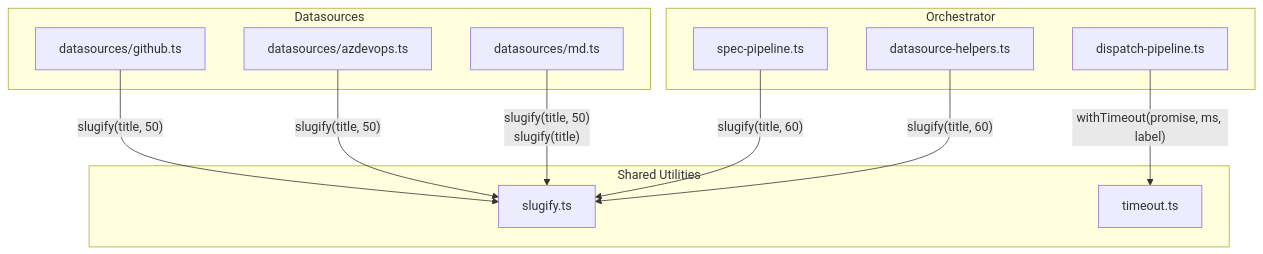
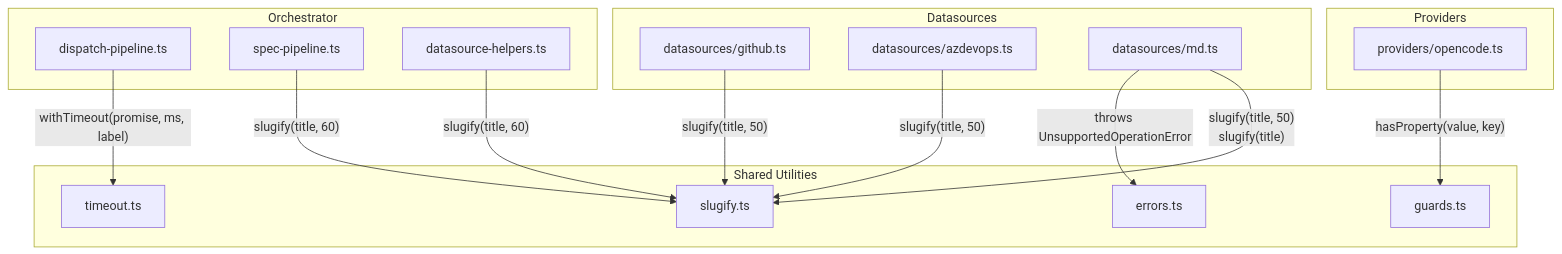
One commit to PatrickRuddiman/Dispatch changed the diagram in docs/shared-utilities/overview.md. Above: the diagram before and after it, drawn with Mermaid. The commit also changed other lines of this file and 82 other files, not shown here.

````diff
--- a/docs/shared-utilities/overview.md
+++ b/docs/shared-utilities/overview.md
@@ -30,26 +44,34 @@
 ```mermaid
 graph TD
     subgraph "Shared Utilities"
         Slugify["slugify.ts"]
         Timeout["timeout.ts"]
+        Errors["errors.ts"]
+        Guards["guards.ts"]
     end
 
     subgraph "Datasources"
         GH["datasources/github.ts"]
         AZ["datasources/azdevops.ts"]
         MD["datasources/md.ts"]
+    end
+
+    subgraph "Providers"
+        OC["providers/opencode.ts"]
     end
 
     subgraph "Orchestrator"
         DP["dispatch-pipeline.ts"]
         SP["spec-pipeline.ts"]
         DH["datasource-helpers.ts"]
     end
 
     GH -- "slugify(title, 50)" --> Slugify
     AZ -- "slugify(title, 50)" --> Slugify
     MD -- "slugify(title, 50)<br/>slugify(title)" --> Slugify
     SP -- "slugify(title, 60)" --> Slugify
     DH -- "slugify(title, 60)" --> Slugify
     DP -- "withTimeout(promise, ms, label)" --> Timeout
+    MD -- "throws UnsupportedOperationError" --> Errors
+    OC -- "hasProperty(value, key)" --> Guards
 ```
````
